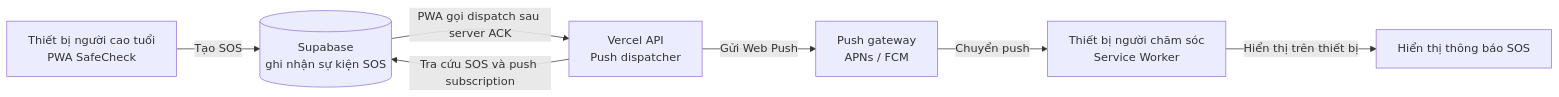
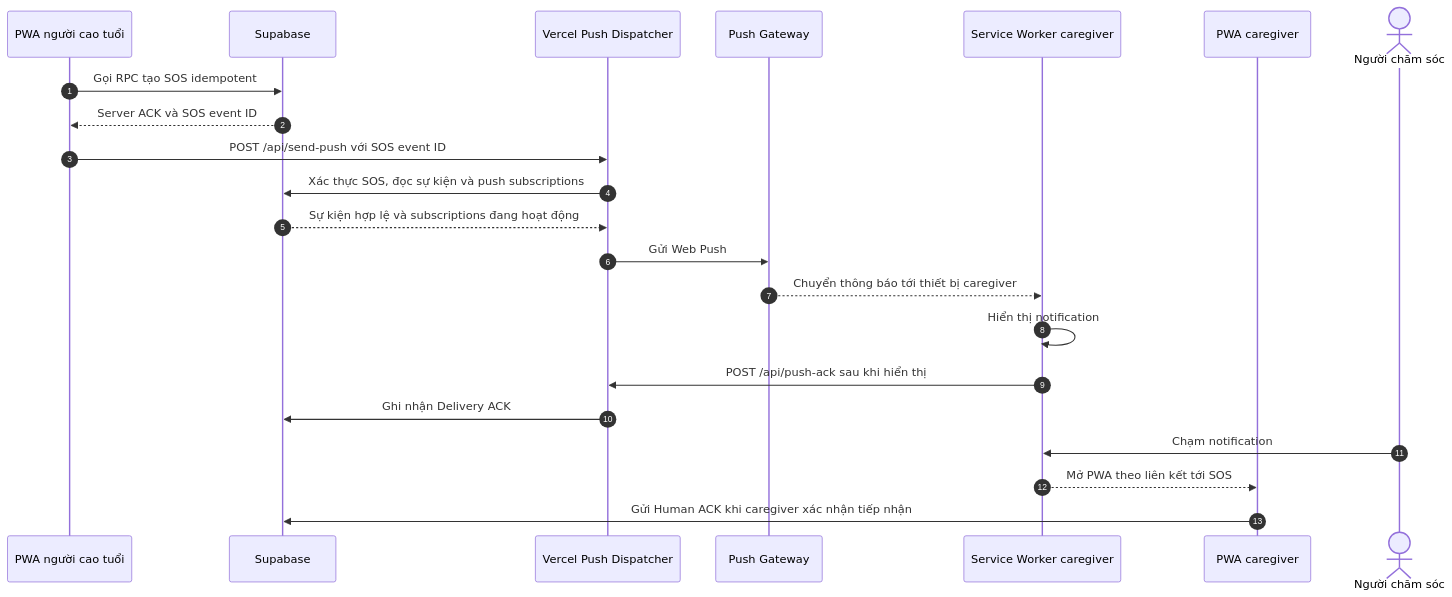
Before and after one commit to pht1412/SafeCheck-App: the first of 3 diagrams in README.md, drawn with Mermaid. The commit also changed other lines of this file, not shown here.

Commit message:
docs: clarify SOS and check-in flows

````diff
--- a/README.md
+++ b/README.md
@@ -58,16 +58,25 @@
 ```mermaid
-flowchart LR
-    E["Thiết bị người cao tuổi<br/>PWA SafeCheck"]
-    DB[("Supabase<br/>ghi nhận sự kiện SOS")]
-    API["Vercel API<br/>Push dispatcher"]
-    GW["Push gateway<br/>APNs / FCM"]
-    SW["Thiết bị người chăm sóc<br/>Service Worker"]
-    N["Hiển thị thông báo SOS"]
+sequenceDiagram
+    autonumber
+    participant E as PWA người cao tuổi
+    participant DB as Supabase
+    participant API as Vercel Push Dispatcher
+    participant GW as Push Gateway
+    participant SW as Service Worker caregiver
+    participant C as PWA caregiver
+    actor H as Người chăm sóc
 
-    E -->|"Tạo SOS"| DB
-    DB -->|"PWA gọi dispatch sau server ACK"| API
-    API -->|"Tra cứu SOS và push subscription"| DB
-    API -->|"Gửi Web Push"| GW
-    GW -->|"Chuyển push"| SW
-    SW -->|"Hiển thị trên thiết bị"| N
+    E->>DB: Gọi RPC tạo SOS idempotent
+    DB-->>E: Server ACK và SOS event ID
+    E->>API: POST /api/send-push với SOS event ID
+    API->>DB: Xác thực SOS, đọc sự kiện và push subscriptions
+    DB-->>API: Sự kiện hợp lệ và subscriptions đang hoạt động
+    API->>GW: Gửi Web Push
+    GW-->>SW: Chuyển thông báo tới thiết bị caregiver
+    SW->>SW: Hiển thị notification
+    SW->>API: POST /api/push-ack sau khi hiển thị
+    API->>DB: Ghi nhận Delivery ACK
+    H->>SW: Chạm notification
+    SW-->>C: Mở PWA theo liên kết tới SOS
+    C->>DB: Gửi Human ACK khi caregiver xác nhận tiếp nhận
 ```
````
